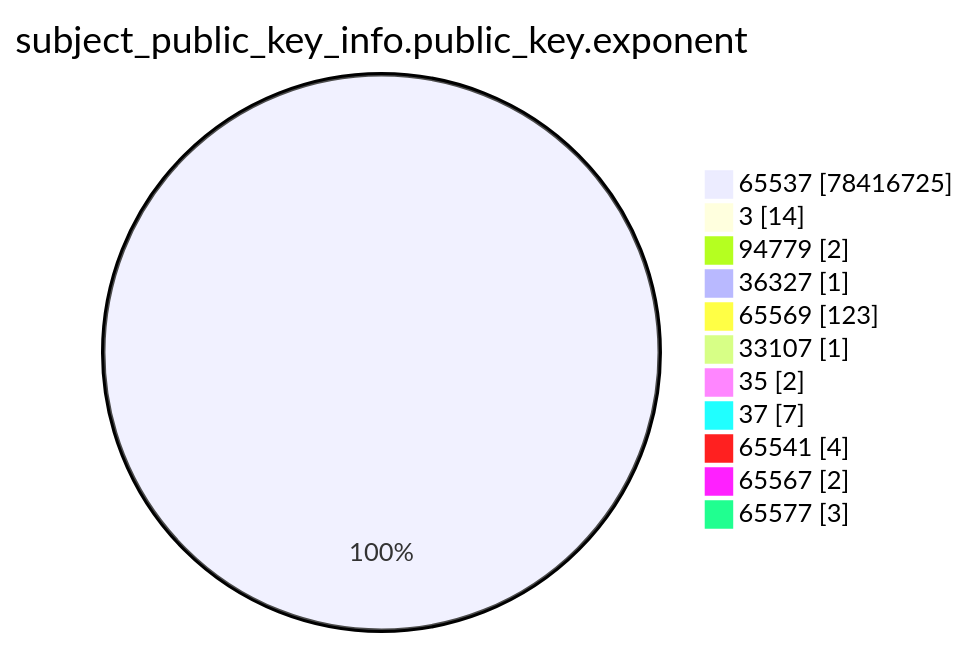
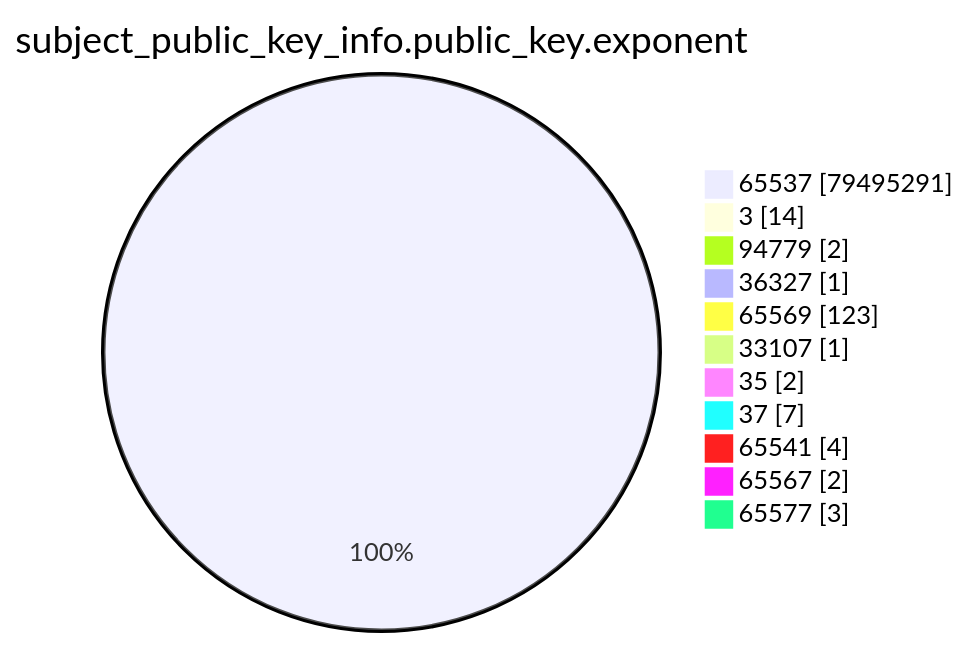
Before and after one commit to christiankrug/ctmonitor_visualization: the fourth of 15 diagrams in xenon2023/README.md, drawn with Mermaid. The commit also changed other lines of this file, not shown here.

````diff
--- a/xenon2023/README.md
+++ b/xenon2023/README.md
@@ -1231,15 +1231,15 @@
 ```mermaid
 pie showData
 title subject_public_key_info.public_key.exponent
-"65537" :78416725
+"65537" :79495291
 "3" :14
 "94779" :2
 "36327" :1
 "65569" :123
 "33107" :1
 "35" :2
 "37" :7
 "65541" :4
 "65567" :2
 "65577" :3
 ```
````
